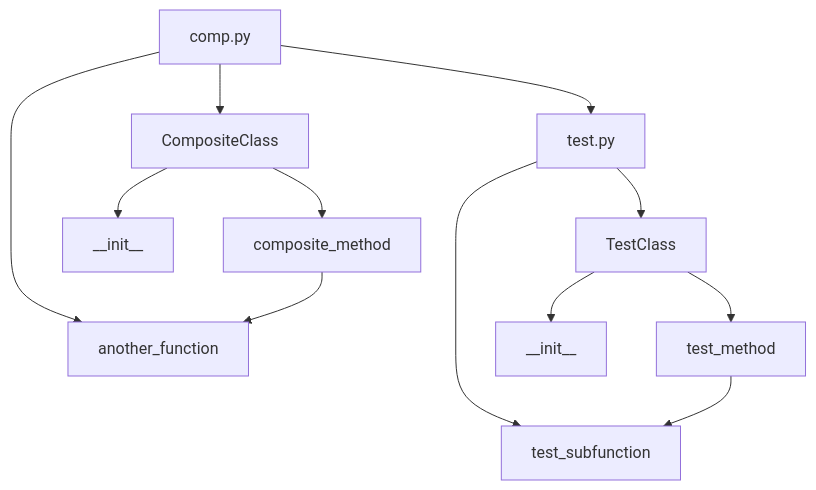
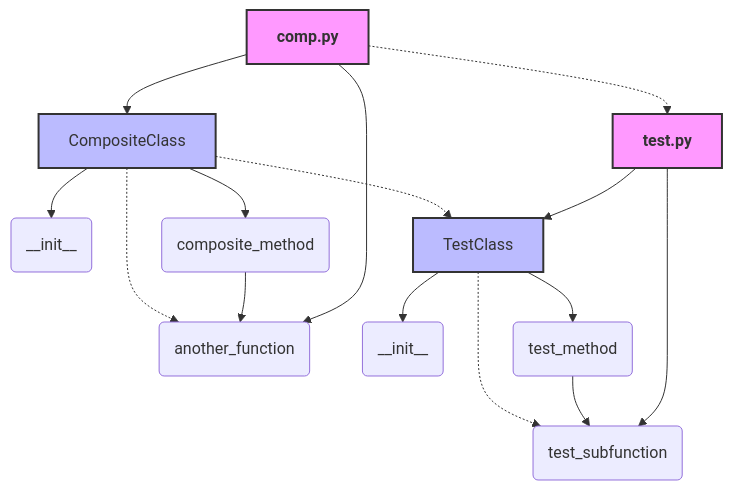
The diagram in eoh/function_level_dependency_graph.mmd (fangyuan-ksgk/heuristic-search), drawn with Mermaid before and after one commit. The commit also changed 4 other files, not shown here.

```diff
--- a/eoh/function_level_dependency_graph.mmd
+++ b/eoh/function_level_dependency_graph.mmd
@@ -1,22 +1,29 @@
 graph TD
-    node1["comp.py"]
-    node2["another_function"]
+    node1["<b>comp.py</b>"]
+    style node1 fill:#f9f,stroke:#333,stroke-width:2px
+    node2("another_function")
     node1 --> node2
     node3["CompositeClass"]
+    style node3 fill:#bbf,stroke:#333,stroke-width:2px
     node1 --> node3
-    node4["__init__"]
+    node4("__init__")
     node3 --> node4
-    node5["composite_method"]
+    node5("composite_method")
     node3 --> node5
-    node6["test.py"]
-    node7["test_subfunction"]
+    node5 --> node2
+    node6["<b>test.py</b>"]
+    style node6 fill:#f9f,stroke:#333,stroke-width:2px
+    node7("test_subfunction")
     node6 --> node7
     node8["TestClass"]
+    style node8 fill:#bbf,stroke:#333,stroke-width:2px
     node6 --> node8
-    node9["__init__"]
+    node9("__init__")
     node8 --> node9
-    node10["test_method"]
+    node10("test_method")
     node8 --> node10
     node10 --> node7
-    node1 --> node6
-    node5 --> node2
+    node1 -.-> node6
+    node3 -.-> node8
+    node3 -.-> node2
+    node8 -.-> node7
```
